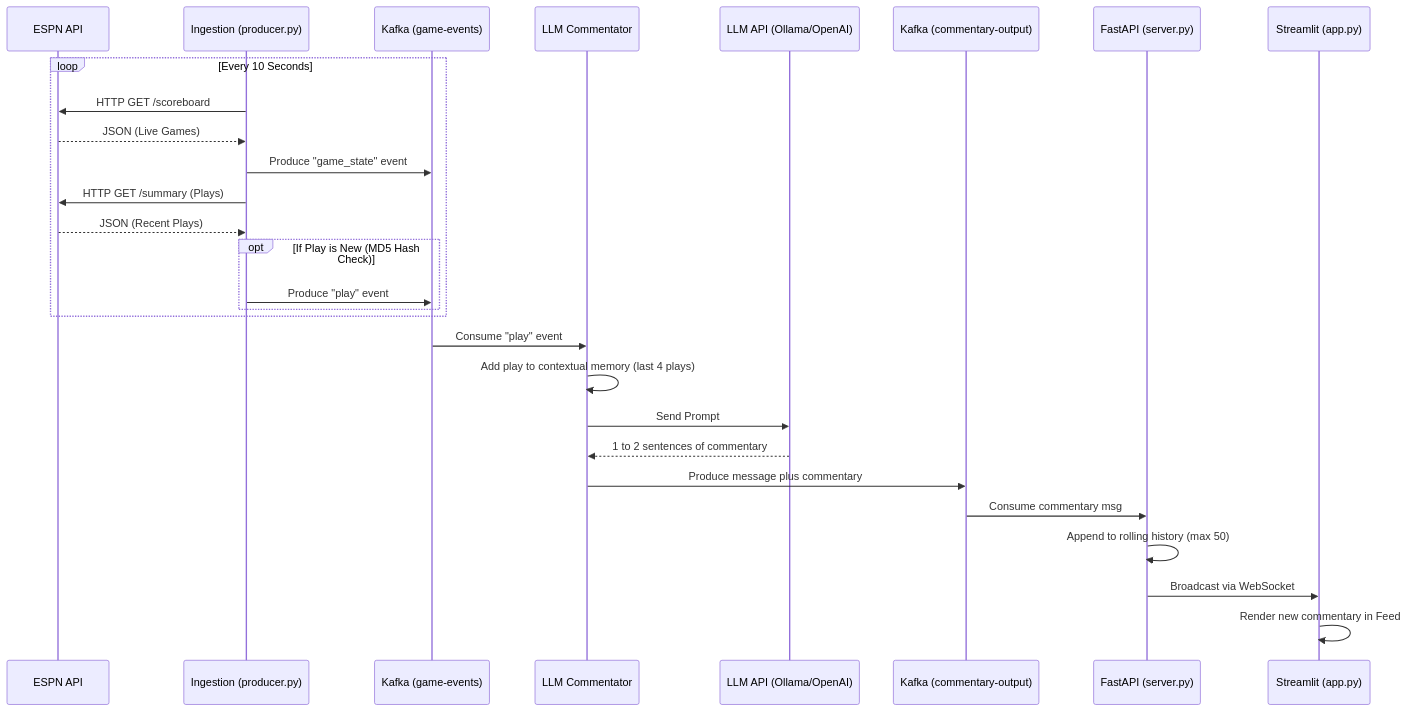
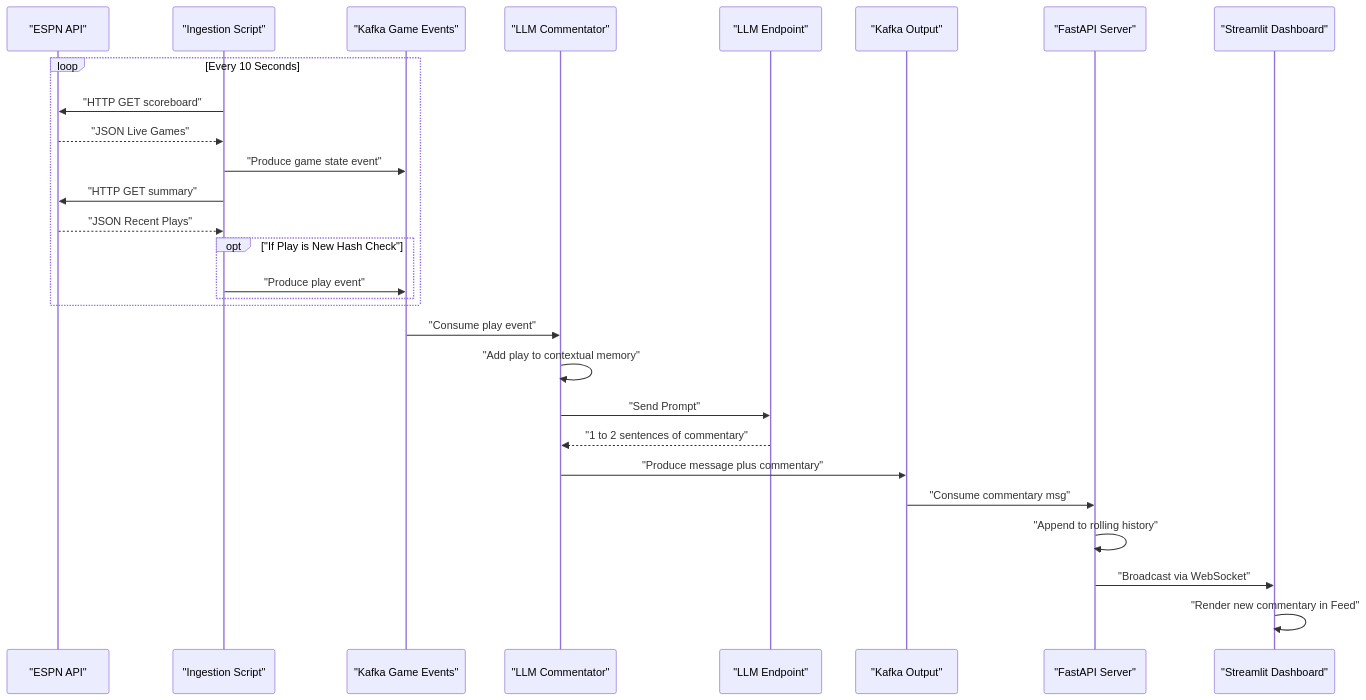
Before and after one commit to Susilkessav/AI-Sports-Commentary-Engine: the diagram in README.md, drawn with Mermaid.

Commit message:
docs: Fix syntax parsing on Mermaid Sequence Diagram

````diff
--- a/README.md
+++ b/README.md
@@ -37,35 +37,35 @@
 ```mermaid
 sequenceDiagram
-    participant ESPN as ESPN API
-    participant Producer as Ingestion (producer.py)
-    participant KafkaIn as Kafka (game-events)
-    participant LLMBase as LLM Commentator
-    participant LLMAPI as LLM API (Ollama/OpenAI)
-    participant KafkaOut as Kafka (commentary-output)
-    participant API as FastAPI (server.py)
-    participant UI as Streamlit (app.py)
+    participant ESPN as "ESPN API"
+    participant Producer as "Ingestion Script"
+    participant KafkaIn as "Kafka Game Events"
+    participant LLMBase as "LLM Commentator"
+    participant LLMAPI as "LLM Endpoint"
+    participant KafkaOut as "Kafka Output"
+    participant API as "FastAPI Server"
+    participant UI as "Streamlit Dashboard"
 
     loop Every 10 Seconds
-        Producer->>ESPN: HTTP GET /scoreboard
-        ESPN-->>Producer: JSON (Live Games)
-        Producer->>KafkaIn: Produce "game_state" event
+        Producer->>ESPN: "HTTP GET scoreboard"
+        ESPN-->>Producer: "JSON Live Games"
+        Producer->>KafkaIn: "Produce game state event"
         
-        Producer->>ESPN: HTTP GET /summary (Plays)
-        ESPN-->>Producer: JSON (Recent Plays)
+        Producer->>ESPN: "HTTP GET summary"
+        ESPN-->>Producer: "JSON Recent Plays"
         
-        opt If Play is New (MD5 Hash Check)
-            Producer->>KafkaIn: Produce "play" event
+        opt "If Play is New Hash Check"
+            Producer->>KafkaIn: "Produce play event"
         end
     end
     
-    KafkaIn->>LLMBase: Consume "play" event
-    LLMBase->>LLMBase: Add play to contextual memory (last 4 plays)
-    LLMBase->>LLMAPI: Send Prompt
-    LLMAPI-->>LLMBase: 1 to 2 sentences of commentary
-    LLMBase->>KafkaOut: Produce message plus commentary
+    KafkaIn->>LLMBase: "Consume play event"
+    LLMBase->>LLMBase: "Add play to contextual memory"
+    LLMBase->>LLMAPI: "Send Prompt"
+    LLMAPI-->>LLMBase: "1 to 2 sentences of commentary"
+    LLMBase->>KafkaOut: "Produce message plus commentary"
     
-    KafkaOut->>API: Consume commentary msg
-    API->>API: Append to rolling history (max 50)
-    API->>UI: Broadcast via WebSocket
-    UI->>UI: Render new commentary in Feed
+    KafkaOut->>API: "Consume commentary msg"
+    API->>API: "Append to rolling history"
+    API->>UI: "Broadcast via WebSocket"
+    UI->>UI: "Render new commentary in Feed"
 ```
````
